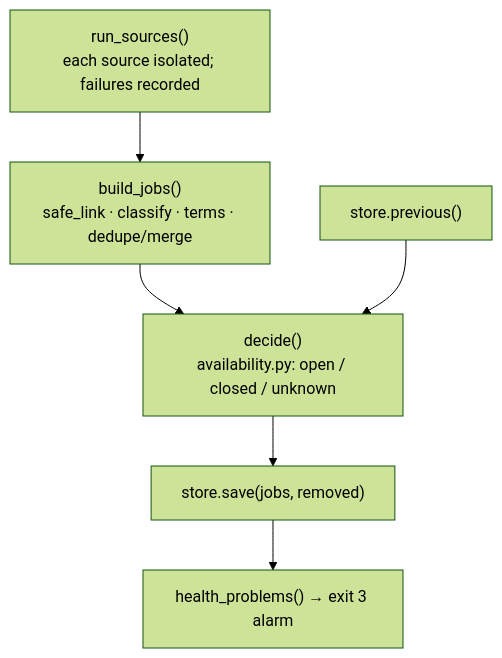
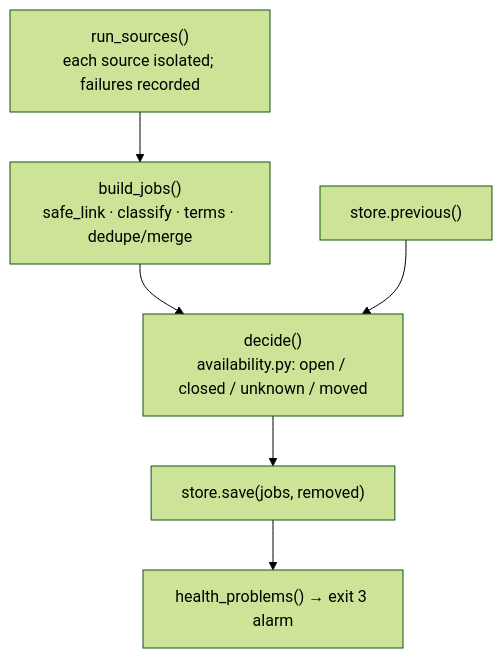
The second of 3 diagrams in docs/architecture.md (nguyenlekevin04/job-finder-for-students), drawn with Mermaid (forest theme) before and after one commit. The commit also changed other lines of this file and 13 other files, not shown here.

````diff
--- a/docs/architecture.md
+++ b/docs/architecture.md
@@ -58,8 +58,8 @@
 ```mermaid
 flowchart TD
   A["run_sources()<br/>each source isolated; failures recorded"] --> B["build_jobs()<br/>safe_link · classify · terms · dedupe/merge"]
-  B --> C["decide()<br/>availability.py: open / closed / unknown"]
+  B --> C["decide()<br/>availability.py: open / closed / unknown / moved"]
   C --> D["store.save(jobs, removed)"]
   D --> E["health_problems() → exit 3 alarm"]
   P["store.previous()"] --> C
 ```
````
